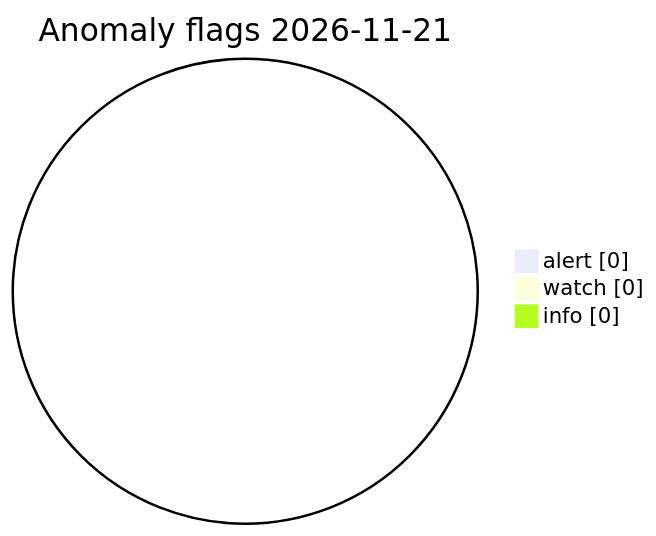
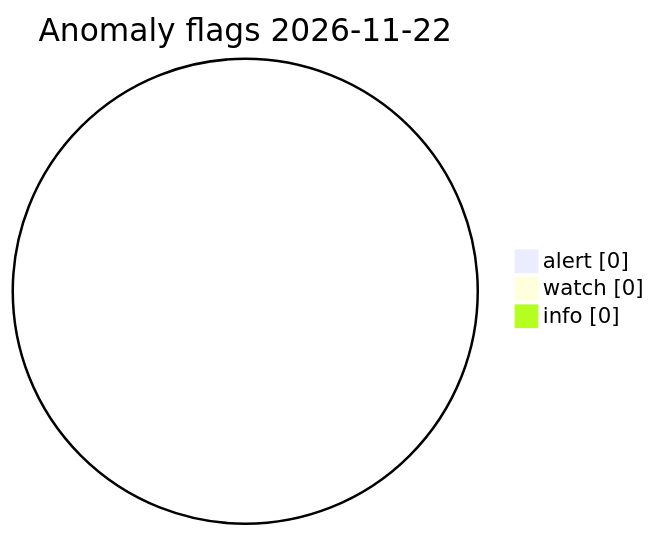
Before and after one commit to Midwest-Stratospheric/Unified-Open-Global-Weather: the diagram in visuals/latest/CHARTS.md, drawn with Mermaid. The commit also changed other lines of this file and 23 other files, not shown here.

Commit message:
data(visuals): automated charts 2026-11-22T12:56Z

````diff
--- a/visuals/latest/CHARTS.md
+++ b/visuals/latest/CHARTS.md
@@ -73,7 +73,7 @@
 ```mermaid
 pie showData
-  title Anomaly flags 2026-11-21
+  title Anomaly flags 2026-11-22
   "alert" : 0
   "watch" : 0
   "info" : 0
 ```
````
